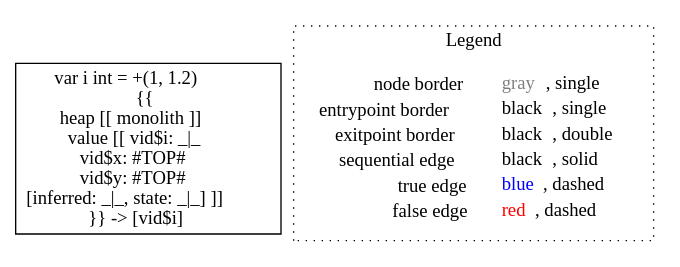
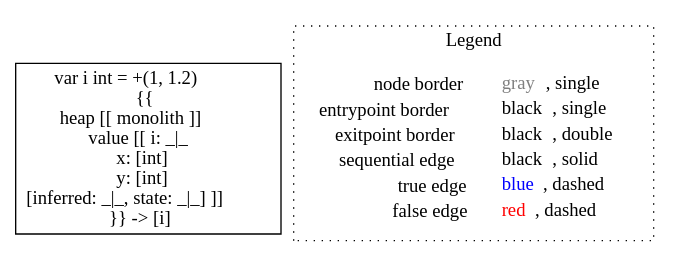
Before and after one commit to lisa-analyzer/go-lisa: the diagram in go-lisa/go-testcases/typing/typing___int_~LiSAProgram.typeError1(int_x,_int_y).dot, drawn with Graphviz. The commit also changed 10 other files, not shown here.

```diff
--- a/go-lisa/go-testcases/typing/typing___int_~LiSAProgram.typeError1(int_x,_int_y).dot
+++ b/go-lisa/go-testcases/typing/typing___int_~LiSAProgram.typeError1(int_x,_int_y).dot
@@ -1,10 +1,10 @@
 digraph {
-	"node0" [shape="rect",color="black",label=<var i int = +(1, 1.2)<BR/>{{<BR/>heap [[ monolith ]]<BR/>value [[ vid$i: _|_<BR/>vid$x: #TOP#<BR/>vid$y: #TOP#<BR/>[inferred: _|_, state: _|_] ]]<BR/>}} -&gt; [vid$i]>];
+	"node0" [shape="rect",color="black",label=<var i int = +(1, 1.2)<BR/>{{<BR/>heap [[ monolith ]]<BR/>value [[ i: _|_<BR/>x: [int]<BR/>y: [int]<BR/>[inferred: _|_, state: _|_] ]]<BR/>}} -&gt; [i]>];
 subgraph cluster_legend {
 	label="Legend";
 	style=dotted;
 	node [shape=plaintext];
 	"legend" [label=<<table border="0" cellpadding="2" cellspacing="0" cellborder="0"><tr><td align="right">node border&nbsp;</td><td align="left"><font color="gray">gray</font>, single</td></tr><tr><td align="right">entrypoint border&nbsp;</td><td align="left"><font color="black">black</font>, single</td></tr><tr><td align="right">exitpoint border&nbsp;</td><td align="left"><font color="black">black</font>, double</td></tr><tr><td align="right">sequential edge&nbsp;</td><td align="left"><font color="black">black</font>, solid</td></tr><tr><td align="right">true edge&nbsp;</td><td align="left"><font color="blue">blue</font>, dashed</td></tr><tr><td align="right">false edge&nbsp;</td><td align="left"><font color="red">red</font>, dashed</td></tr></table>>];
 }
 
 }
```
